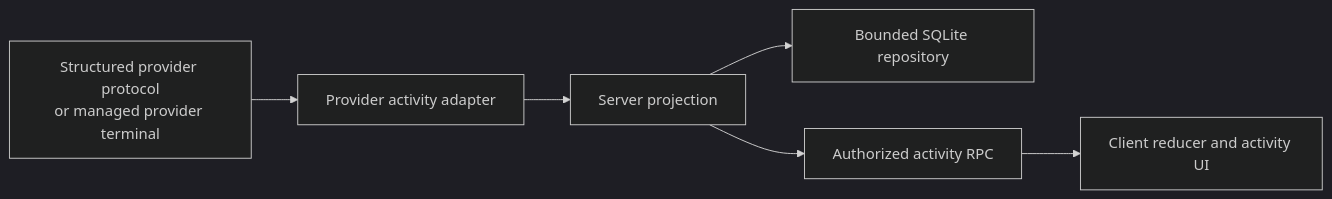
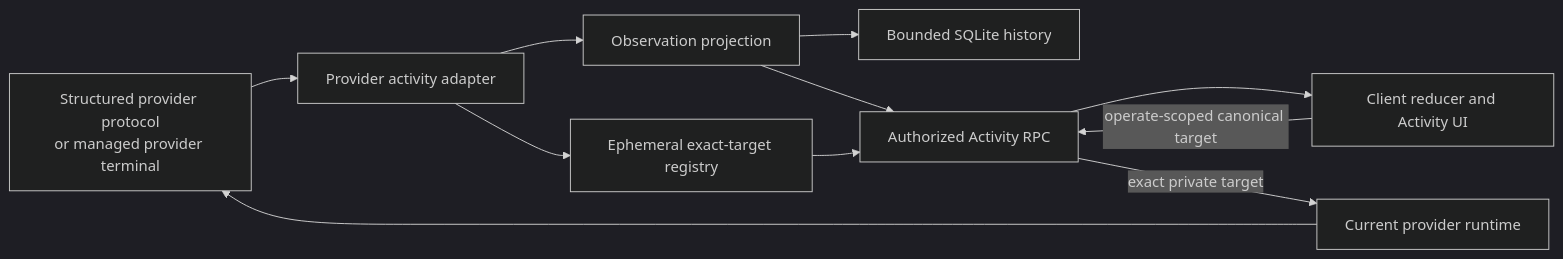
One commit to mubeda/BibCode changed the diagram in docs/architecture/activity-observation.md. Above: the diagram before and after it, drawn with Mermaid (dark theme). The commit also changed other lines of this file and 7 other files, not shown here.

````diff
--- a/docs/architecture/activity-observation.md
+++ b/docs/architecture/activity-observation.md
@@ -9,8 +10,13 @@
 ```mermaid
 flowchart LR
   Source["Structured provider protocol<br/>or managed provider terminal"] --> Adapter["Provider activity adapter"]
-  Adapter --> Projection["Server projection"]
-  Projection --> Store["Bounded SQLite repository"]
-  Projection --> RPC["Authorized activity RPC"]
-  RPC --> Client["Client reducer and activity UI"]
+  Adapter --> Projection["Observation projection"]
+  Projection --> Store["Bounded SQLite history"]
+  Projection --> RPC["Authorized Activity RPC"]
+  Adapter --> Controls["Ephemeral exact-target registry"]
+  Controls --> RPC
+  Client["Client reducer and Activity UI"] -->|"operate-scoped canonical target"| RPC
+  RPC --> Client
+  RPC -->|"exact private target"| Provider["Current provider runtime"]
+  Provider --> Source
 ```
````
